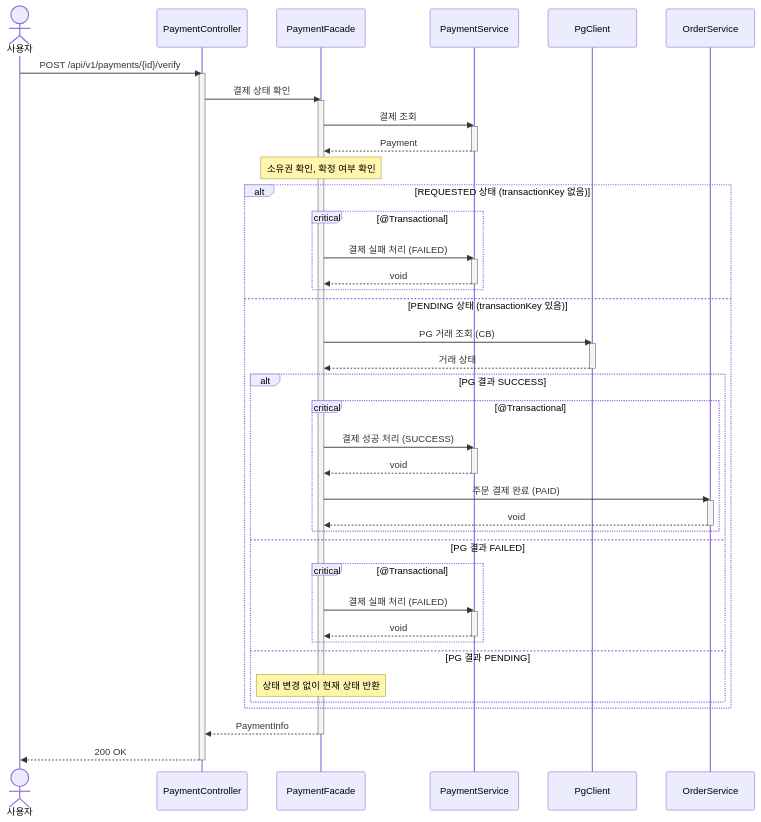
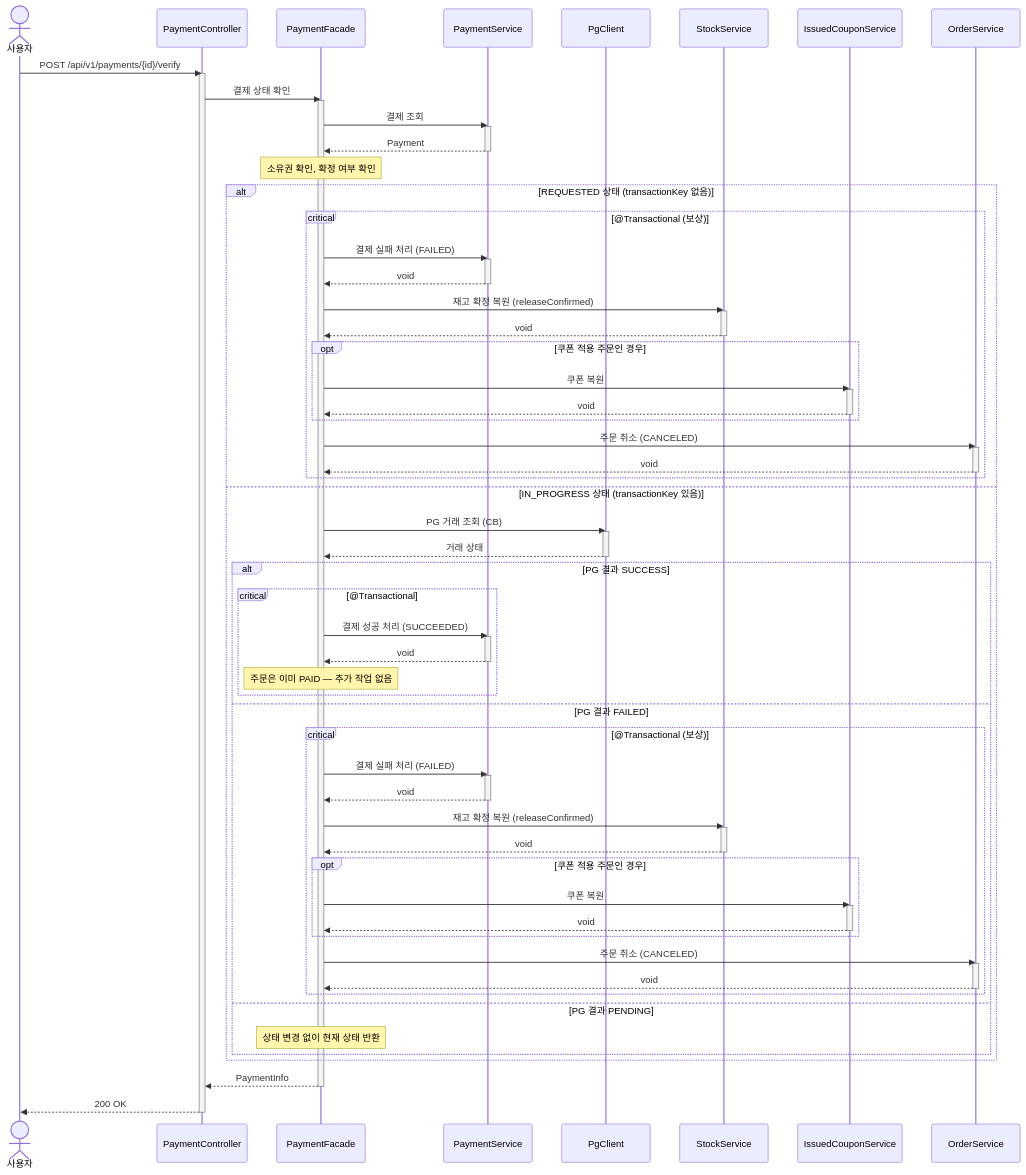
The diagram in docs/design/payment/sequences/005-payment-verify.md (Loopers-dev-lab/loop-pack-be-l2-vol3-java), drawn with Mermaid before and after one commit. The commit also changed other lines of this file and 22 other files, not shown here.

```diff
--- a/docs/design/payment/sequences/005-payment-verify.md
+++ b/docs/design/payment/sequences/005-payment-verify.md
@@ -12,6 +12,8 @@
     participant PF as PaymentFacade
     participant PS as PaymentService
     participant PG as PgClient
+    participant SS as StockService
+    participant ICS as IssuedCouponService
     participant OS as OrderService
 
     사용자->>PC: POST /api/v1/payments/{id}/verify
@@ -27,13 +29,30 @@
     Note over PF: 소유권 확인, 확정 여부 확인
 
     alt REQUESTED 상태 (transactionKey 없음)
-        critical @Transactional
+        critical @Transactional (보상)
             PF->>PS: 결제 실패 처리 (FAILED)
             activate PS
             PS-->>PF: void
             deactivate PS
+
+            PF->>SS: 재고 확정 복원 (releaseConfirmed)
+            activate SS
+            SS-->>PF: void
+            deactivate SS
+
+            opt 쿠폰 적용 주문인 경우
+                PF->>ICS: 쿠폰 복원
+                activate ICS
+                ICS-->>PF: void
+                deactivate ICS
+            end
+
+            PF->>OS: 주문 취소 (CANCELED)
+            activate OS
+            OS-->>PF: void
+            deactivate OS
         end
-    else PENDING 상태 (transactionKey 있음)
+    else IN_PROGRESS 상태 (transactionKey 있음)
         PF->>PG: PG 거래 조회 (CB)
         activate PG
         PG-->>PF: 거래 상태
@@ -41,22 +60,36 @@
 
         alt PG 결과 SUCCESS
             critical @Transactional
-                PF->>PS: 결제 성공 처리 (SUCCESS)
+                PF->>PS: 결제 성공 처리 (SUCCEEDED)
                 activate PS
                 PS-->>PF: void
                 deactivate PS
 
-                PF->>OS: 주문 결제 완료 (PAID)
-                activate OS
-                OS-->>PF: void
-                deactivate OS
+                Note over PF: 주문은 이미 PAID — 추가 작업 없음
             end
         else PG 결과 FAILED
-            critical @Transactional
+            critical @Transactional (보상)
                 PF->>PS: 결제 실패 처리 (FAILED)
                 activate PS
                 PS-->>PF: void
                 deactivate PS
+
+                PF->>SS: 재고 확정 복원 (releaseConfirmed)
+                activate SS
+                SS-->>PF: void
+                deactivate SS
+
+                opt 쿠폰 적용 주문인 경우
+                    PF->>ICS: 쿠폰 복원
+                    activate ICS
+                    ICS-->>PF: void
+                    deactivate ICS
+                end
+
+                PF->>OS: 주문 취소 (CANCELED)
+                activate OS
+                OS-->>PF: void
+                deactivate OS
             end
         else PG 결과 PENDING
             Note over PF: 상태 변경 없이 현재 상태 반환
```
